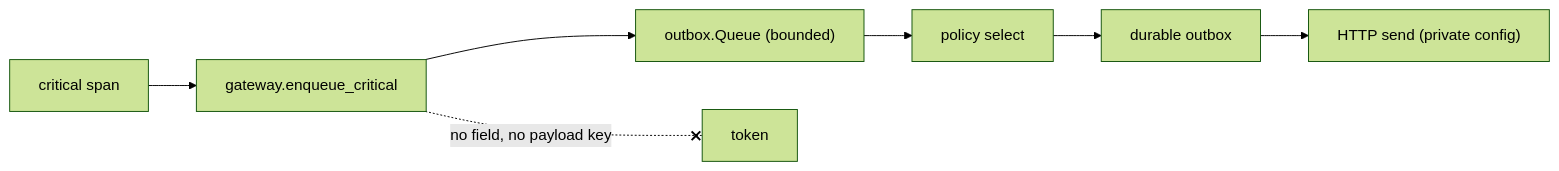
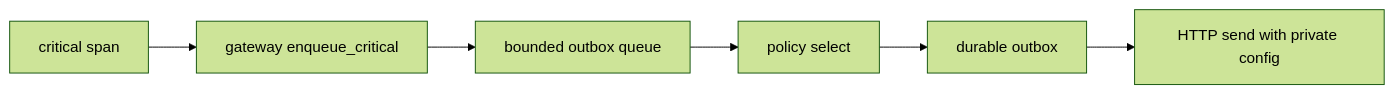
The diagram in docs/journal/20261026-0220-claude-telegram-wave4-gateway-media-mini.md (Anaik7799/uos), drawn with Mermaid (forest theme) before and after one commit. The commit also changed other lines of this file and 17 other files, not shown here.

````diff
--- a/docs/journal/20261026-0220-claude-telegram-wave4-gateway-media-mini.md
+++ b/docs/journal/20261026-0220-claude-telegram-wave4-gateway-media-mini.md
@@ -80,5 +83,8 @@
 ```mermaid
 flowchart LR
-  S["critical span"] --> G["gateway.enqueue_critical"] --> Q["outbox.Queue (bounded)"] --> P["policy select"] --> D["durable outbox"] --> H["HTTP send (private config)"]
-  G -. "no field, no payload key" .-x T["token"]
+  S["critical span"] --> G["gateway enqueue_critical"]
+  G --> Q["bounded outbox queue"]
+  Q --> P["policy select"]
+  P --> D["durable outbox"]
+  D --> H["HTTP send with private config"]
 ```
````
